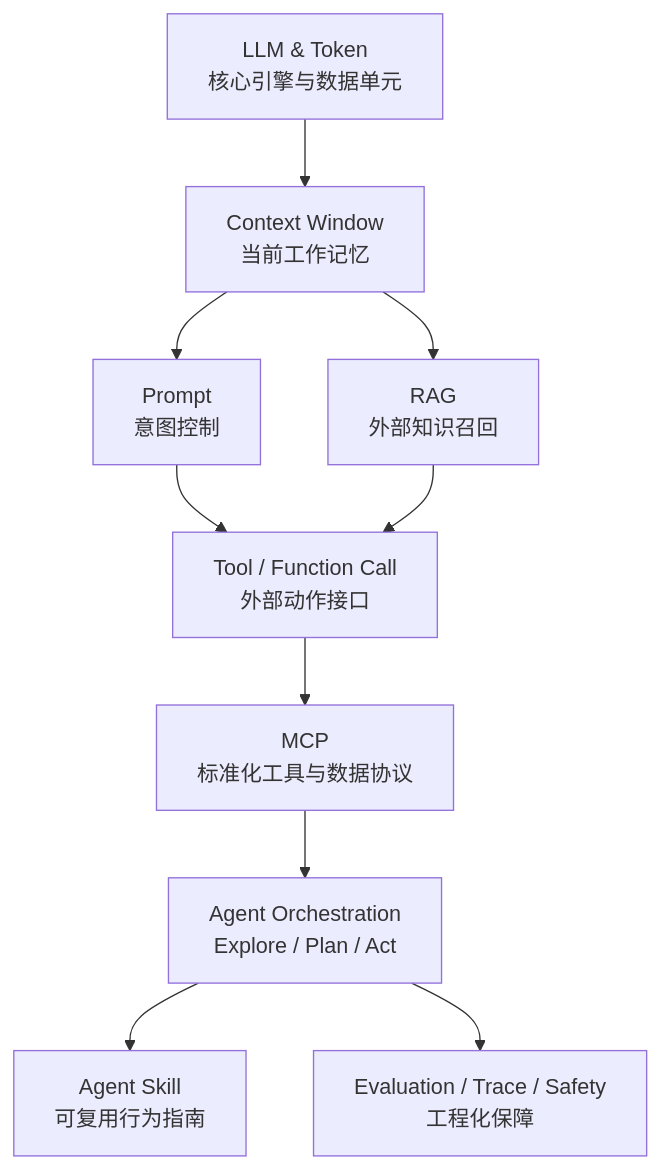
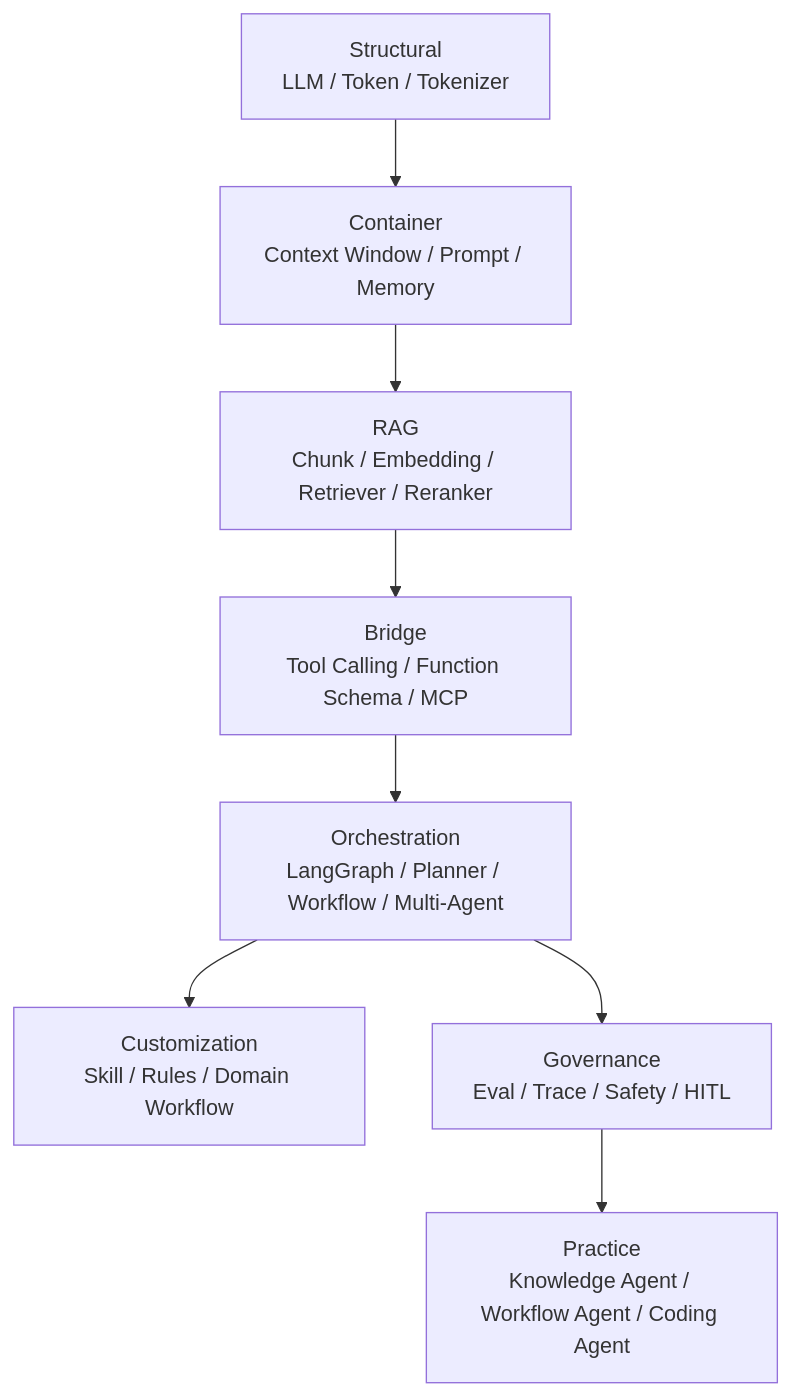
One commit to Yiang-Puak/study changed the diagram in docs/AI Agent面试实践/index.md. Above: the diagram before and after it, drawn with Mermaid. The commit also changed other lines of this file and 58 other files, not shown here.

````diff
--- a/docs/AI Agent面试实践/index.md
+++ b/docs/AI Agent面试实践/index.md
@@ -57,12 +93,10 @@
 ```mermaid
 graph TD
-    A[LLM & Token<br/>核心引擎与数据单元] --> B[Context Window<br/>当前工作记忆]
-    B --> C1[Prompt<br/>意图控制]
-    B --> C2[RAG<br/>外部知识召回]
-    C1 --> D[Tool / Function Call<br/>外部动作接口]
-    C2 --> D
-    D --> E[MCP<br/>标准化工具与数据协议]
-    E --> F[Agent Orchestration<br/>Explore / Plan / Act]
-    F --> G[Agent Skill<br/>可复用行为指南]
-    F --> H[Evaluation / Trace / Safety<br/>工程化保障]
+    A[Structural<br/>LLM / Token / Tokenizer] --> B[Container<br/>Context Window / Prompt / Memory]
+    B --> C[RAG<br/>Chunk / Embedding / Retriever / Reranker]
+    C --> D[Bridge<br/>Tool Calling / Function Schema / MCP]
+    D --> E[Orchestration<br/>LangGraph / Planner / Workflow / Multi-Agent]
+    E --> F[Customization<br/>Skill / Rules / Domain Workflow]
+    E --> G[Governance<br/>Eval / Trace / Safety / HITL]
+    G --> H[Practice<br/>Knowledge Agent / Workflow Agent / Coding Agent]
 ```
````
